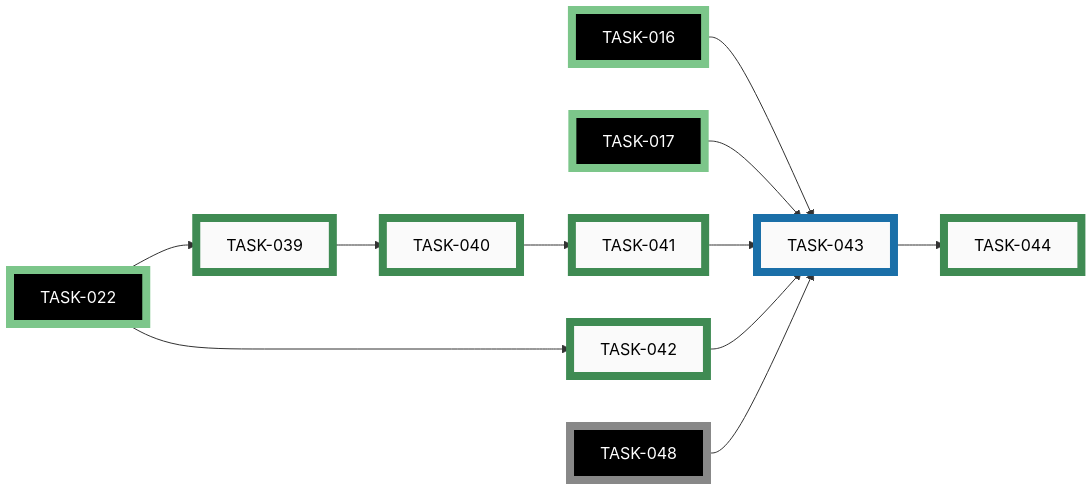
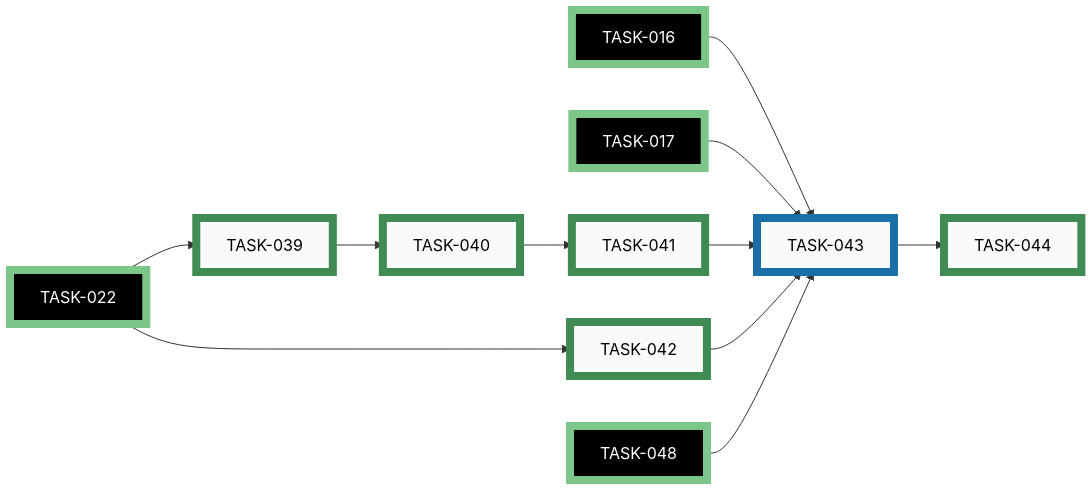
Before and after one commit to tgd1975/PartsLedger: the sixth of 9 diagrams in docs/developers/tasks/EPICS.md, drawn with Mermaid. The commit also changed other lines of this file and 28 other files, not shown here.

First line of the commit message:
enrichment: Nexar + cache + family fallback + orchestrator + dispatch (EPIC-007)

````diff
--- a/docs/developers/tasks/EPICS.md
+++ b/docs/developers/tasks/EPICS.md
@@ -302,41 +302,41 @@
 ```mermaid
 graph LR
     TASK_043["TASK-043"]:::active
     TASK_039["TASK-039"]:::closed
     TASK_040["TASK-040"]:::closed
     TASK_041["TASK-041"]:::closed
     TASK_042["TASK-042"]:::closed
     TASK_044["TASK-044"]:::closed
     TASK_016["TASK-016"]:::closedExt
     TASK_017["TASK-017"]:::closedExt
     TASK_022["TASK-022"]:::closedExt
-    TASK_048["TASK-048"]:::openExt
+    TASK_048["TASK-048"]:::closedExt
     TASK_016 --> TASK_043
     TASK_017 --> TASK_043
     TASK_041 --> TASK_043
     TASK_042 --> TASK_043
     TASK_048 --> TASK_043
     TASK_022 --> TASK_039
     TASK_039 --> TASK_040
     TASK_040 --> TASK_041
     TASK_022 --> TASK_042
     TASK_043 --> TASK_044
     click TASK_043 "active/task-043-recognition-pipeline-glue.md"
     click TASK_039 "closed/task-039-recognition-embed-module.md"
     click TASK_040 "closed/task-040-recognition-cache-module.md"
     click TASK_041 "closed/task-041-cache-only-banded-recognition.md"
     click TASK_042 "closed/task-042-vlm-adapter.md"
     click TASK_044 "closed/task-044-undo-journal.md"
     click TASK_016 "closed/task-016-inventory-writer-module.md"
     click TASK_017 "closed/task-017-inventory-lint-module.md"
     click TASK_022 "closed/task-022-adopt-src-layout.md"
-    click TASK_048 "open/task-048-enrichment-orchestrator.md"
+    click TASK_048 "closed/task-048-enrichment-orchestrator.md"
     classDef open    fill:#FAFAFA,stroke:#555,stroke-width:8px,color:#000
     classDef active  fill:#FAFAFA,stroke:#1A6FA8,stroke-width:8px,color:#000
     classDef closed  fill:#FAFAFA,stroke:#3F8B53,stroke-width:8px,color:#000
     classDef paused  fill:#FAFAFA,stroke:#B07810,stroke-width:8px,color:#000
     classDef openExt    fill:#000,stroke:#888,stroke-width:8px,color:#FFF
     classDef activeExt  fill:#000,stroke:#3FA9F5,stroke-width:8px,color:#FFF
     classDef closedExt  fill:#000,stroke:#7CC68A,stroke-width:8px,color:#FFF
     classDef pausedExt  fill:#000,stroke:#F0B030,stroke-width:8px,color:#FFF
 ```
````
